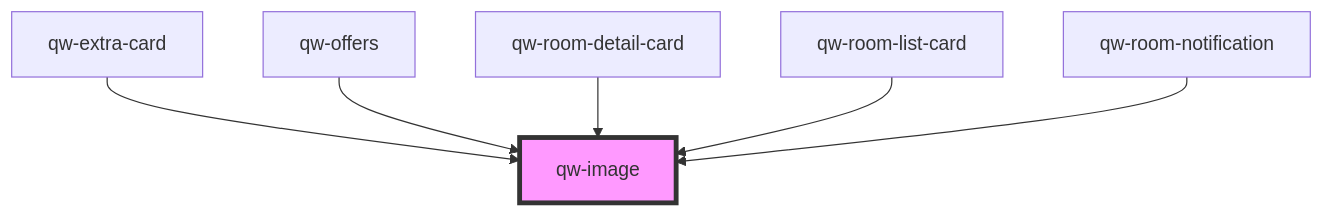
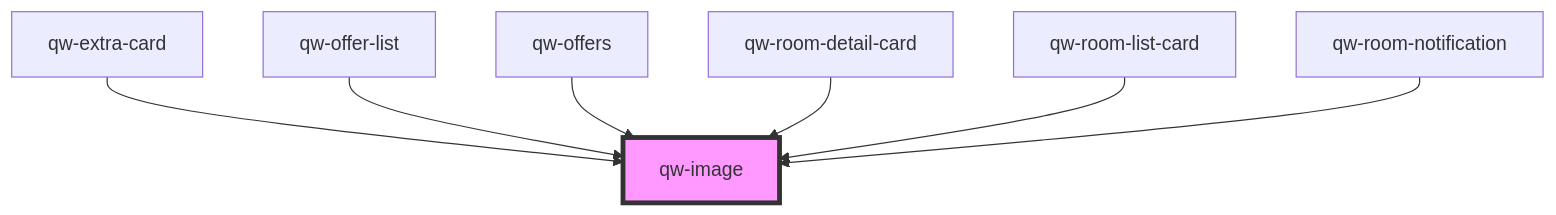
One commit to qwentes-team/qw-hotels changed the diagram in src/components/shared/qw-image/readme.md. Above: the diagram before and after it, drawn with Mermaid. The commit also changed other lines of this file and 3 other files, not shown here.

````diff
--- a/src/components/shared/qw-image/readme.md
+++ b/src/components/shared/qw-image/readme.md
@@ -28,9 +29,10 @@
 ```mermaid
 graph TD;
   qw-extra-card --> qw-image
+  qw-offer-list --> qw-image
   qw-offers --> qw-image
   qw-room-detail-card --> qw-image
   qw-room-list-card --> qw-image
   qw-room-notification --> qw-image
   style qw-image fill:#f9f,stroke:#333,stroke-width:4px
 ```
````
